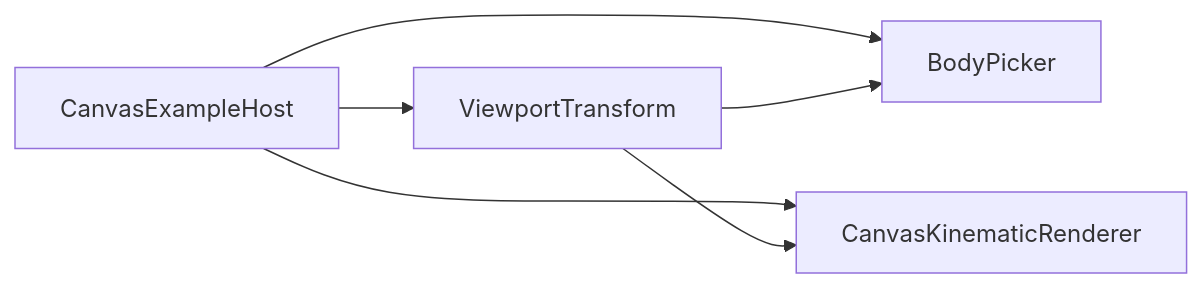
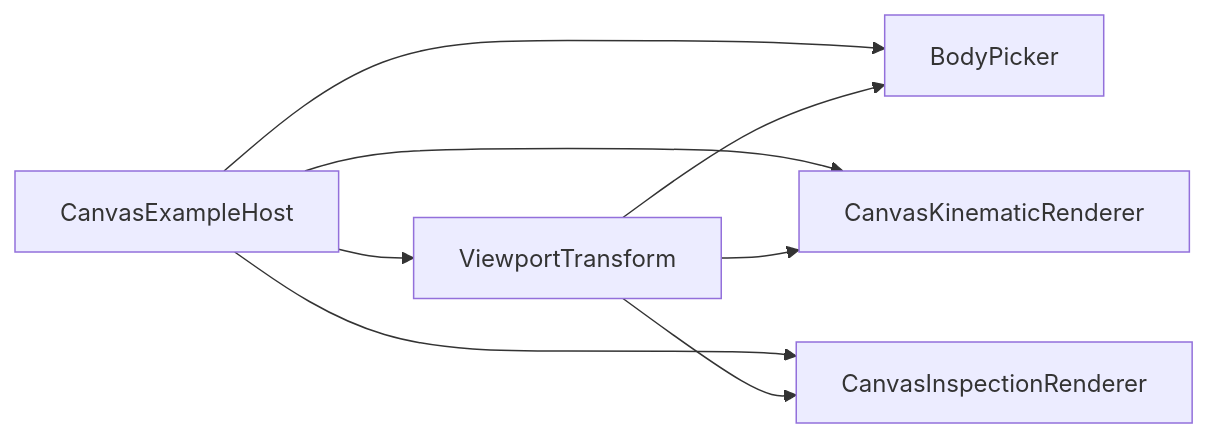
The diagram in docs/project/status.md (fa-ribeiro/vLab2D), drawn with Mermaid before and after one commit. The commit also changed other lines of this file and 3 other files, not shown here.

````diff
--- a/docs/project/status.md
+++ b/docs/project/status.md
@@ -155,13 +155,16 @@
 ```mermaid
 flowchart LR
     H["CanvasExampleHost"]
     V["ViewportTransform"]
     P["BodyPicker"]
     R["CanvasKinematicRenderer"]
+    I["CanvasInspectionRenderer"]
 
     H --> V
     H --> P
     H --> R
+    H --> I
     V --> P
     V --> R
+    V --> I
 ```
````
